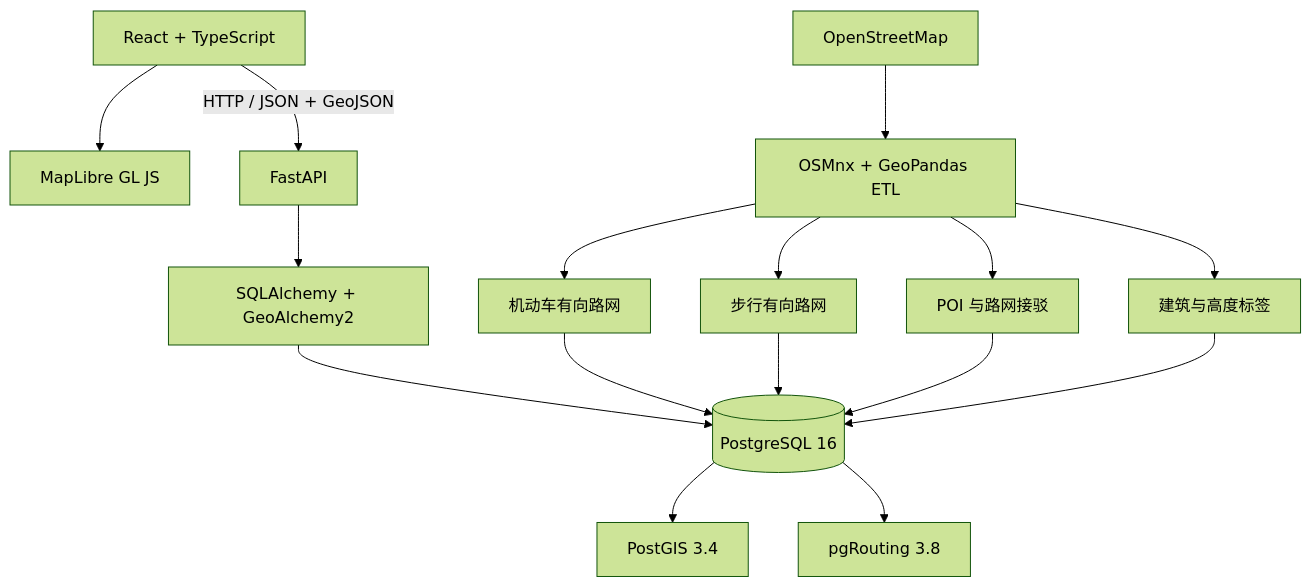
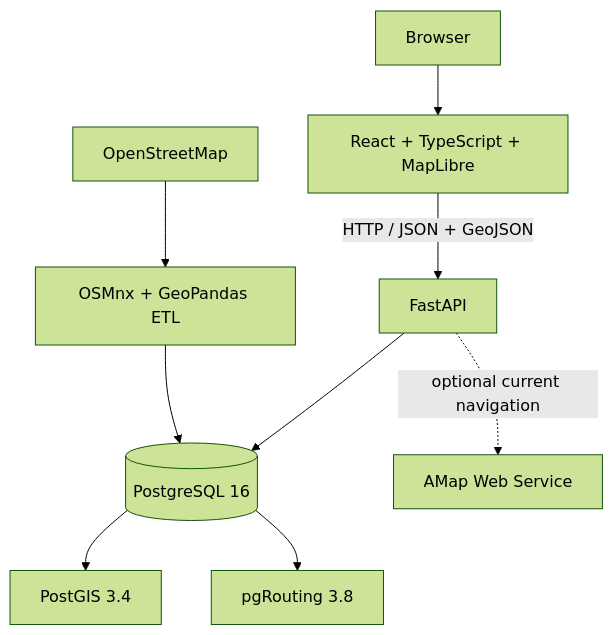
The second of 2 diagrams in README.md (yeshushahua/CityScope), drawn with Mermaid (forest theme) before and after one commit. The commit also changed other lines of this file and 2 other files, not shown here.

````diff
--- a/README.md
+++ b/README.md
@@ -26,19 +65,11 @@
 ```mermaid
 flowchart TB
-    UI[React + TypeScript] --> MAP[MapLibre GL JS]
+    Browser[Browser] --> UI[React + TypeScript + MapLibre]
     UI -->|HTTP / JSON + GeoJSON| API[FastAPI]
-    API --> ORM[SQLAlchemy + GeoAlchemy2]
-    ORM --> DB[(PostgreSQL 16)]
-    DB --> POSTGIS[PostGIS 3.4]
-    DB --> PGROUTING[pgRouting 3.8]
-
+    API --> DB[(PostgreSQL 16)]
+    DB --> PostGIS[PostGIS 3.4]
+    DB --> pgRouting[pgRouting 3.8]
     OSM[OpenStreetMap] --> ETL[OSMnx + GeoPandas ETL]
-    ETL --> MOTOR[机动车有向路网]
-    ETL --> WALK[步行有向路网]
-    ETL --> POI[POI 与路网接驳]
-    ETL --> BUILDING[建筑与高度标签]
-    MOTOR --> DB
-    WALK --> DB
-    POI --> DB
-    BUILDING --> DB
+    ETL --> DB
+    API -. optional current navigation .-> AMap[AMap Web Service]
 ```
````
